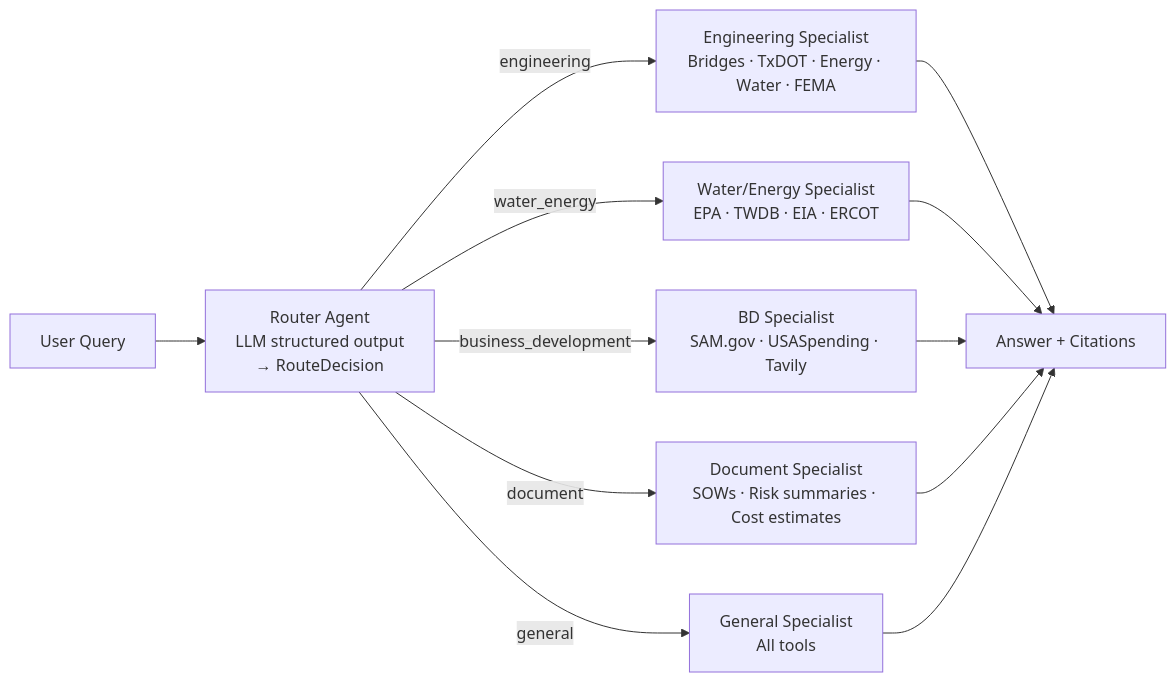
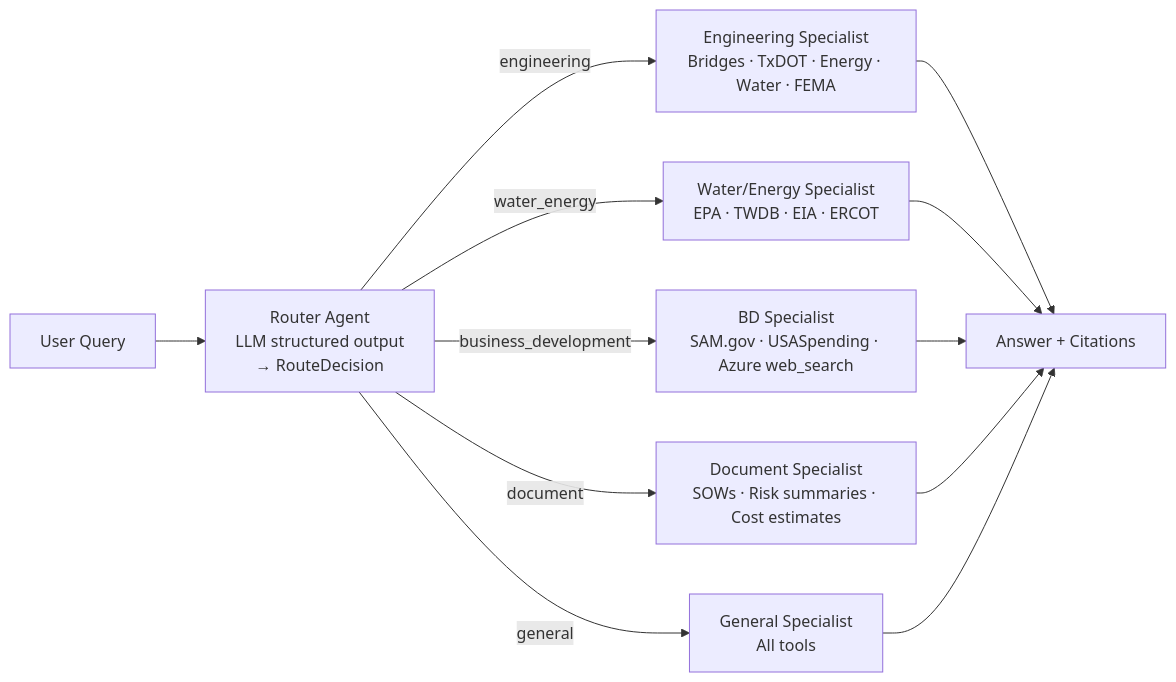
The third of 6 diagrams in README.md (kyletaylored/infra-advisor-ai), drawn with Mermaid before and after one commit. The commit also changed other lines of this file and 8 other files, not shown here.

````diff
--- a/README.md
+++ b/README.md
@@ -67,10 +67,10 @@
 ```mermaid
 flowchart LR
     Q["User Query"] --> Router["Router Agent\nLLM structured output\n→ RouteDecision"]
     Router -->|engineering| E["Engineering Specialist\nBridges · TxDOT · Energy · Water · FEMA"]
     Router -->|water_energy| W["Water/Energy Specialist\nEPA · TWDB · EIA · ERCOT"]
-    Router -->|business_development| B["BD Specialist\nSAM.gov · USASpending · Tavily"]
+    Router -->|business_development| B["BD Specialist\nSAM.gov · USASpending · Azure web_search"]
     Router -->|document| D["Document Specialist\nSOWs · Risk summaries · Cost estimates"]
     Router -->|general| G["General Specialist\nAll tools"]
     E & W & B & D & G --> Ans["Answer + Citations"]
 ```
````
